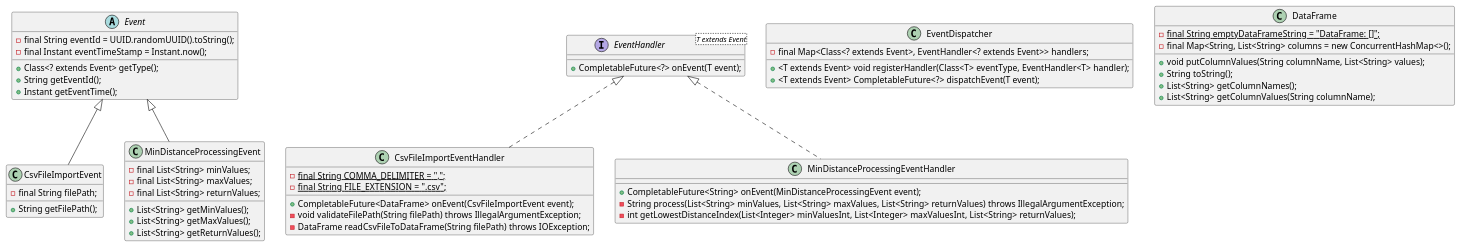
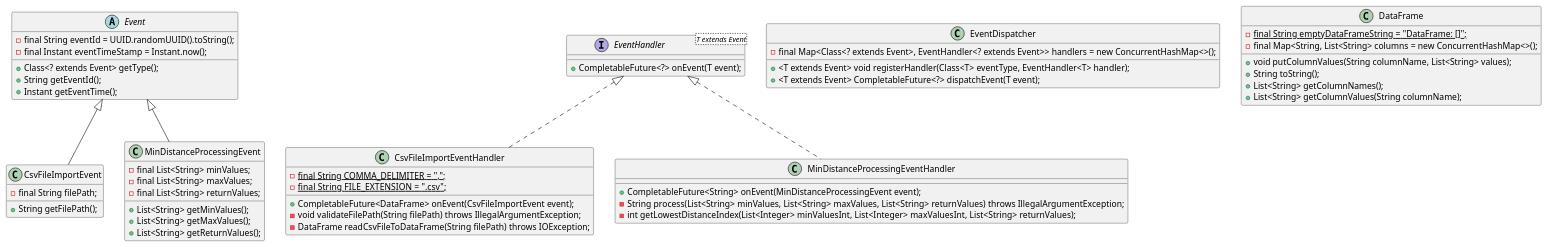
Before and after one commit to lgndluke/programming-challenge: the diagram in docs/architecture.puml, drawn with PlantUML.

Commit message:
docs(docs/): Added missing '= new ConcurrentHashMap<>()' to handlers field of EventDispatcher.

```diff
--- a/docs/architecture.puml
+++ b/docs/architecture.puml
@@ -1,85 +1,85 @@
 @startuml
 
 ' =======================================================================
 ' Framework - Event driven architecture pattern:
 '
 ' Reference Link:
 ' https://github.com/iluwatar/java-design-patterns/blob/master/event-driven-architecture/README.md
 ' =======================================================================
 
 abstract class Event
 {
     - {field} final String eventId = UUID.randomUUID().toString();
     - {field} final Instant eventTimeStamp = Instant.now();
     + {method} Class<? extends Event> getType();
     + {method} String getEventId();
     + {method} Instant getEventTime();
 }
 
 interface EventHandler<T extends Event>
 {
     + {method} CompletableFuture<?> onEvent(T event);
 }
 
 class EventDispatcher
 {
-    - {field} final Map<Class<? extends Event>, EventHandler<? extends Event>> handlers;
+    - {field} final Map<Class<? extends Event>, EventHandler<? extends Event>> handlers = new ConcurrentHashMap<>();
     + {method} <T extends Event> void registerHandler(Class<T> eventType, EventHandler<T> handler);
     + {method} <T extends Event> CompletableFuture<?> dispatchEvent(T event);
 }
 
 ' =======================================================================
 ' Event / Concern 1 - Importing the .csv file contents:
 ' =======================================================================
 
 class CsvFileImportEvent extends Event
 {
     - {field} final String filePath;
     + {method} String getFilePath();
 }
 
 class CsvFileImportEventHandler implements EventHandler<CsvFileImportEvent>
 {
     - {field} {static} final String COMMA_DELIMITER = ",";
     - {field} {static} final String FILE_EXTENSION  = ".csv";
     + {method} CompletableFuture<DataFrame> onEvent(CsvFileImportEvent event);
     - {method} void validateFilePath(String filePath) throws IllegalArgumentException;
     - {method} DataFrame readCsvFileToDataFrame(String filePath) throws IOException;
 }
 
 ' =======================================================================
 ' Data / Concern 2 - Storing the read file contents in a data structure:
 ' =======================================================================
 
 class DataFrame
 {
     - {field} final {static} String emptyDataFrameString = "DataFrame: []";
     - {field} final Map<String, List<String> columns = new ConcurrentHashMap<>();
     + {method} void putColumnValues(String columnName, List<String> values);
     + {method} String toString();
     + {method} List<String> getColumnNames();
     + {method} List<String> getColumnValues(String columnName);
 }
 
 ' =======================================================================
 ' Event / Concern 3 - Processing converted contents:
 ' =======================================================================
 
 class MinDistanceProcessingEvent extends Event
 {
     - {field} final List<String> minValues;
     - {field} final List<String> maxValues;
     - {field} final List<String> returnValues;
     + {method} List<String> getMinValues();
     + {method} List<String> getMaxValues();
     + {method} List<String> getReturnValues();
 }
 
 class MinDistanceProcessingEventHandler implements EventHandler<MinDistanceProcessingEvent>
 {
     + {method} CompletableFuture<String> onEvent(MinDistanceProcessingEvent event);
     - {method} String process(List<String> minValues, List<String> maxValues, List<String> returnValues) throws IllegalArgumentException;
     - {method} int getLowestDistanceIndex(List<Integer> minValuesInt, List<Integer> maxValuesInt, List<String> returnValues);
 }
 
 @enduml
```
